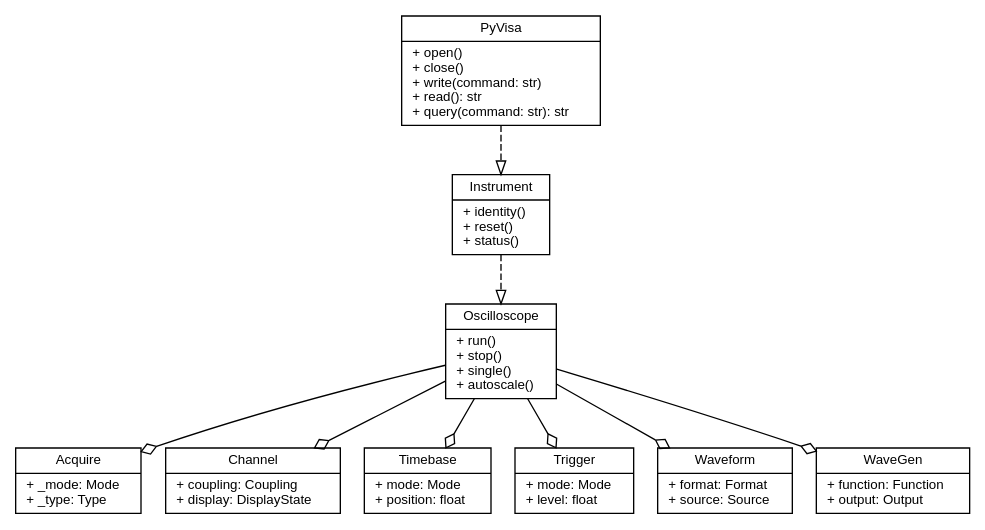
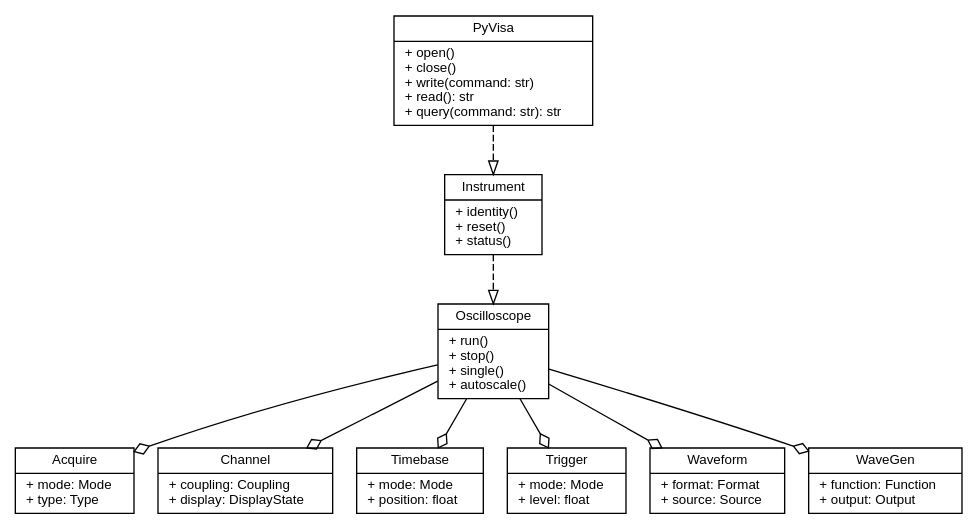
Before and after one commit to Spiryl/pymetr: the diagram in docs/oscilloscope.rst, drawn with Graphviz.

```diff
--- a/docs/oscilloscope.rst
+++ b/docs/oscilloscope.rst
@@ -10,30 +10,30 @@
 .. graphviz::
 
    digraph architecture {
       node [shape=record fontname=Helvetica fontsize=10];
       rankdir=UD;
       
       PyVisa [label="{PyVisa|+ open()\l+ close()\l+ write(command: str)\l+ read(): str\l+ query(command: str): str\l}"];
       
       Instrument [label="{Instrument|+ identity()\l+ reset()\l+ status()\l}"];
       Oscilloscope [label="{Oscilloscope|+ run()\l+ stop()\l+ single()\l+ autoscale()\l}"];
       
-      Acquire [label="{Acquire|+ _mode: Mode\l+ _type: Type\l}"];
+      Acquire [label="{Acquire|+ mode: Mode\l+ type: Type\l}"];
       Channel [label="{Channel|+ coupling: Coupling\l+ display: DisplayState\l}"];
       Timebase [label="{Timebase|+ mode: Mode\l+ position: float\l}"];
       Trigger [label="{Trigger|+ mode: Mode\l+ level: float\l}"];
       Waveform [label="{Waveform|+ format: Format\l+ source: Source\l}"];
       WaveGen [label="{WaveGen|+ function: Function\l+ output: Output\l}"];
       
       PyVisa -> Instrument [arrowhead="onormal", style="dashed"];
       Instrument -> Oscilloscope [arrowhead="onormal", style="dashed"];
       
       Oscilloscope -> Acquire [arrowhead="odiamond"];
       Oscilloscope -> Channel [arrowhead="odiamond"];
       Oscilloscope -> Timebase [arrowhead="odiamond"];
       Oscilloscope -> Trigger [arrowhead="odiamond"];
       Oscilloscope -> Waveform [arrowhead="odiamond"];
       Oscilloscope -> WaveGen [arrowhead="odiamond"];
       
       {rank=same; Acquire Channel Timebase Trigger Waveform WaveGen}
    }
```
